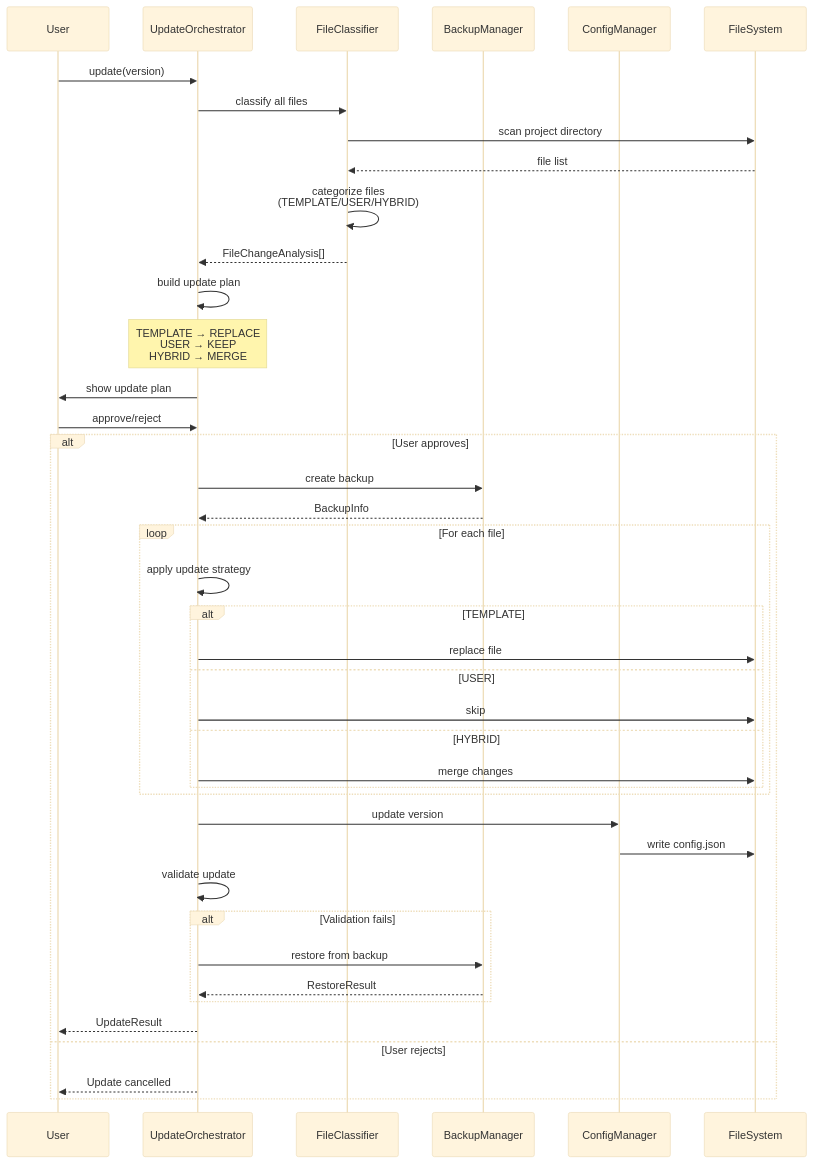
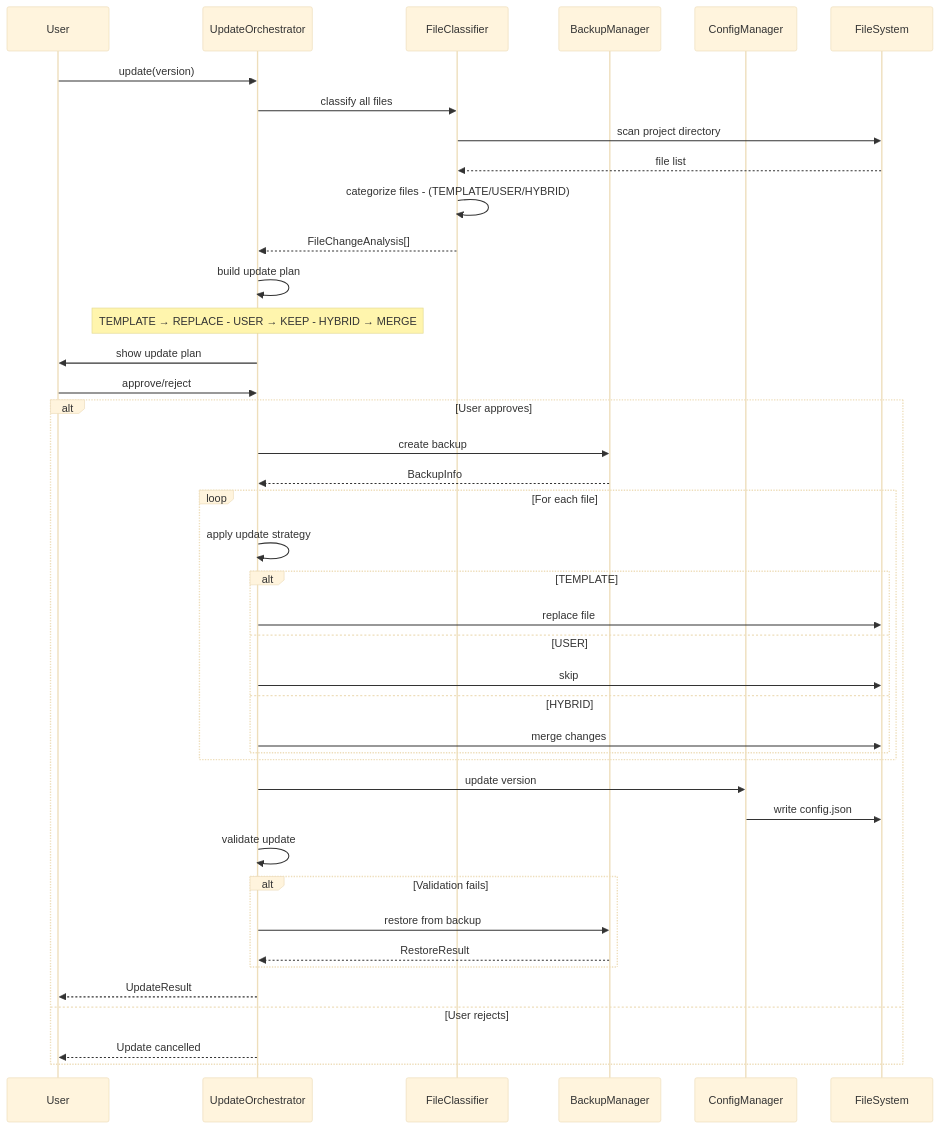
Before and after one commit to modu-ai/moai-adk: the seventh of 9 diagrams in docs/reference/core-modules.md, drawn with Mermaid (base theme). The commit also changed other lines of this file and 447 other files, not shown here.

````diff
--- a/docs/reference/core-modules.md
+++ b/docs/reference/core-modules.md
@@ -1182,53 +1182,53 @@
 ```mermaid
 sequenceDiagram
     participant User
     participant Orchestrator as UpdateOrchestrator
     participant Classifier as FileClassifier
     participant Backup as BackupManager
     participant Config as ConfigManager
     participant FS as FileSystem
 
     User->>Orchestrator: update(version)
 
     Orchestrator->>Classifier: classify all files
     Classifier->>FS: scan project directory
     FS-->>Classifier: file list
-    Classifier->>Classifier: categorize files<br/>(TEMPLATE/USER/HYBRID)
+    Classifier->>Classifier: categorize files - (TEMPLATE/USER/HYBRID)
     Classifier-->>Orchestrator: FileChangeAnalysis[]
 
     Orchestrator->>Orchestrator: build update plan
-    Note over Orchestrator: TEMPLATE → REPLACE<br/>USER → KEEP<br/>HYBRID → MERGE
+    Note over Orchestrator: TEMPLATE → REPLACE - USER → KEEP - HYBRID → MERGE
 
     Orchestrator->>User: show update plan
     User->>Orchestrator: approve/reject
 
     alt User approves
         Orchestrator->>Backup: create backup
         Backup-->>Orchestrator: BackupInfo
 
         loop For each file
             Orchestrator->>Orchestrator: apply update strategy
             alt TEMPLATE
                 Orchestrator->>FS: replace file
             else USER
                 Orchestrator->>FS: skip
             else HYBRID
                 Orchestrator->>FS: merge changes
             end
         end
 
         Orchestrator->>Config: update version
         Config->>FS: write config.json
 
         Orchestrator->>Orchestrator: validate update
 
         alt Validation fails
             Orchestrator->>Backup: restore from backup
             Backup-->>Orchestrator: RestoreResult
         end
 
         Orchestrator-->>User: UpdateResult
     else User rejects
         Orchestrator-->>User: Update cancelled
     end
 ```
````
